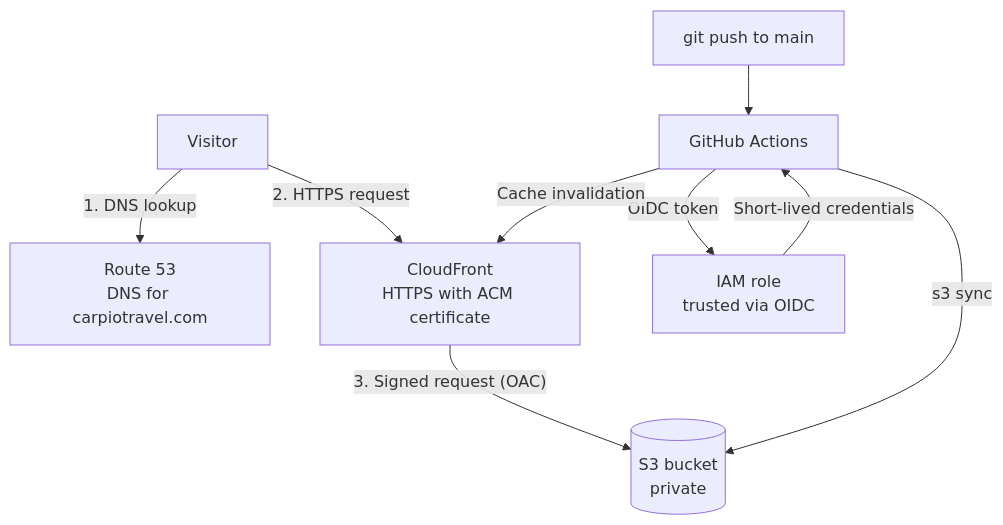
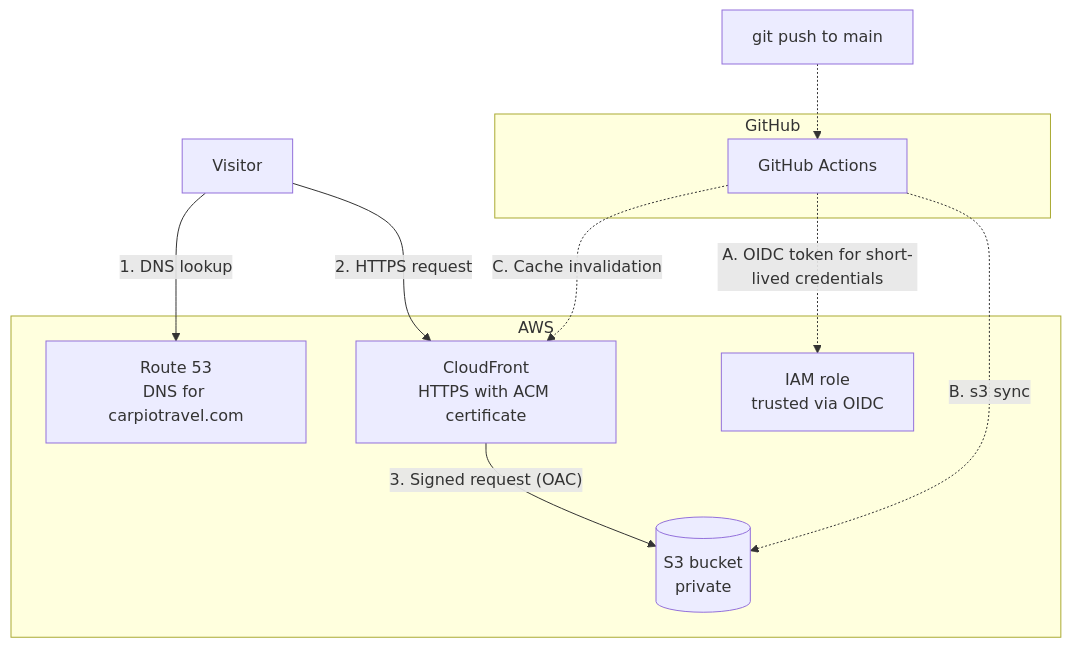
One commit to ccarpio-tech/carpio-travel changed the diagram in README.md. Above: the diagram before and after it, drawn with Mermaid. The commit also changed other lines of this file, not shown here.

Commit message:
Clarify architecture diagram

````diff
--- a/README.md
+++ b/README.md
@@ -27,21 +27,25 @@
 ```mermaid
 flowchart TB
     visitor["Visitor"]
-    r53["Route 53<br/>DNS for carpiotravel.com"]
-    cf["CloudFront<br/>HTTPS with ACM certificate"]
-    s3[("S3 bucket<br/>private")]
+    dev["git push to main"]
 
-    dev["git push to main"]
-    gha["GitHub Actions"]
-    iam["IAM role<br/>trusted via OIDC"]
+    subgraph github["GitHub"]
+        gha["GitHub Actions"]
+    end
+
+    subgraph aws["AWS"]
+        r53["Route 53<br/>DNS for carpiotravel.com"]
+        cf["CloudFront<br/>HTTPS with ACM certificate"]
+        s3[("S3 bucket<br/>private")]
+        iam["IAM role<br/>trusted via OIDC"]
+    end
 
     visitor -- "1. DNS lookup" --> r53
     visitor -- "2. HTTPS request" --> cf
     cf -- "3. Signed request (OAC)" --> s3
 
-    dev --> gha
-    gha -- "OIDC token" --> iam
-    iam -- "Short-lived credentials" --> gha
-    gha -- "s3 sync" --> s3
-    gha -- "Cache invalidation" --> cf
+    dev -.-> gha
+    gha -. "A. OIDC token for short-lived credentials" .-> iam
+    gha -. "B. s3 sync" .-> s3
+    gha -. "C. Cache invalidation" .-> cf
 ```
````
